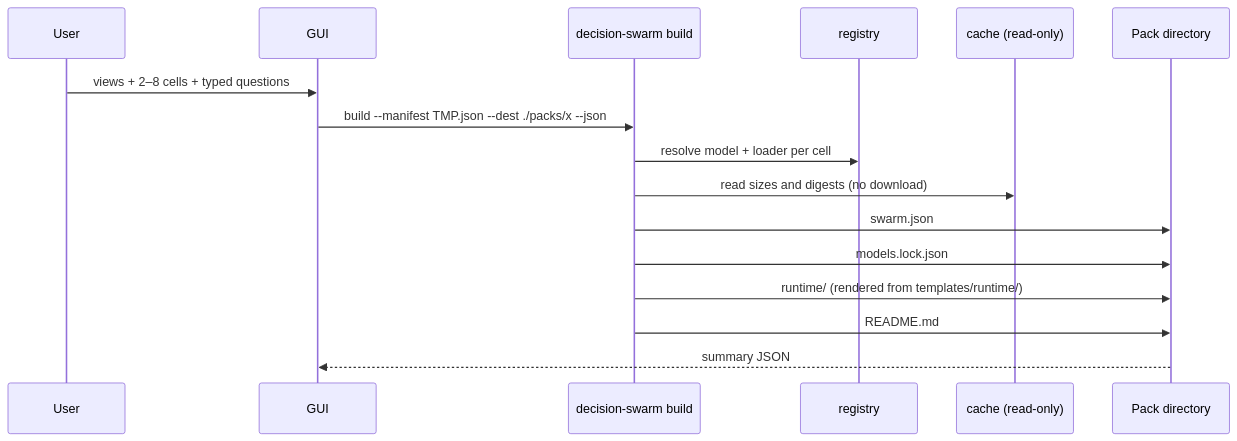
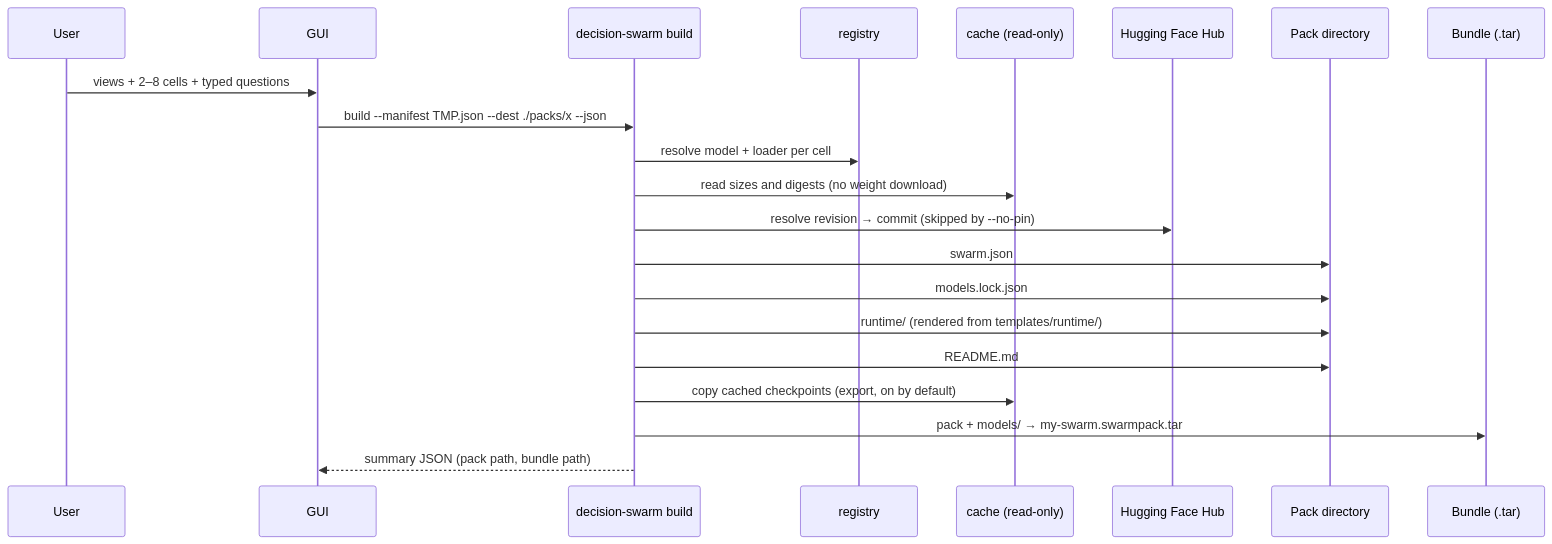
One commit to themaincharacter/DecisionSwarm changed the third of 6 diagrams in docs/architecture.md. Above: the diagram before and after it, drawn with Mermaid. The commit also changed other lines of this file and 1 other file, not shown here.

Commit message:
docs: correct what build actually does (Hub lookup, default bundle)

````diff
--- a/docs/architecture.md
+++ b/docs/architecture.md
@@ -102,19 +102,24 @@
 ```mermaid
 sequenceDiagram
   participant U as User
   participant G as GUI
   participant B as decision-swarm build
   participant R as registry
   participant K as cache (read-only)
+  participant H as Hugging Face Hub
   participant P as Pack directory
+  participant Z as Bundle (.tar)
 
   U->>G: views + 2–8 cells + typed questions
   G->>B: build --manifest TMP.json --dest ./packs/x --json
   B->>R: resolve model + loader per cell
-  B->>K: read sizes and digests (no download)
+  B->>K: read sizes and digests (no weight download)
+  B->>H: resolve revision → commit (skipped by --no-pin)
   B->>P: swarm.json
   B->>P: models.lock.json
   B->>P: runtime/ (rendered from templates/runtime/)
   B->>P: README.md
-  P-->>G: summary JSON
+  B->>K: copy cached checkpoints (export, on by default)
+  B->>Z: pack + models/ → my-swarm.swarmpack.tar
+  B-->>G: summary JSON (pack path, bundle path)
 ```
````
